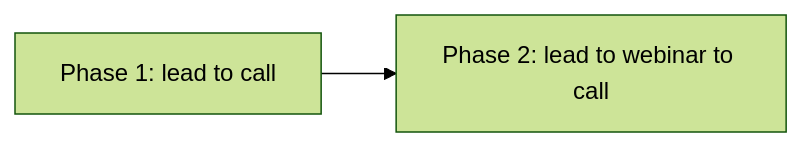
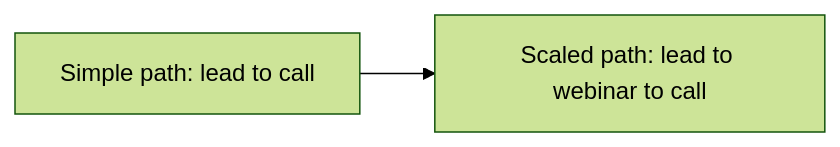
One commit to redrhino-online/red-canon changed the second of 2 diagrams in docs/ops/playbooks/funnel.md. Above: the diagram before and after it, drawn with Mermaid (forest theme). The commit also changed other lines of this file and 7 other files, not shown here.

Commit message:
docs(method): name the enrollment paths simple and scaled

````diff
--- a/docs/ops/playbooks/funnel.md
+++ b/docs/ops/playbooks/funnel.md
@@ -71,4 +71,4 @@
 ```mermaid
 flowchart LR
-    A[Phase 1: lead to call] --> B[Phase 2: lead to webinar to call]
+    A[Simple path: lead to call] --> B[Scaled path: lead to webinar to call]
 ```
````
